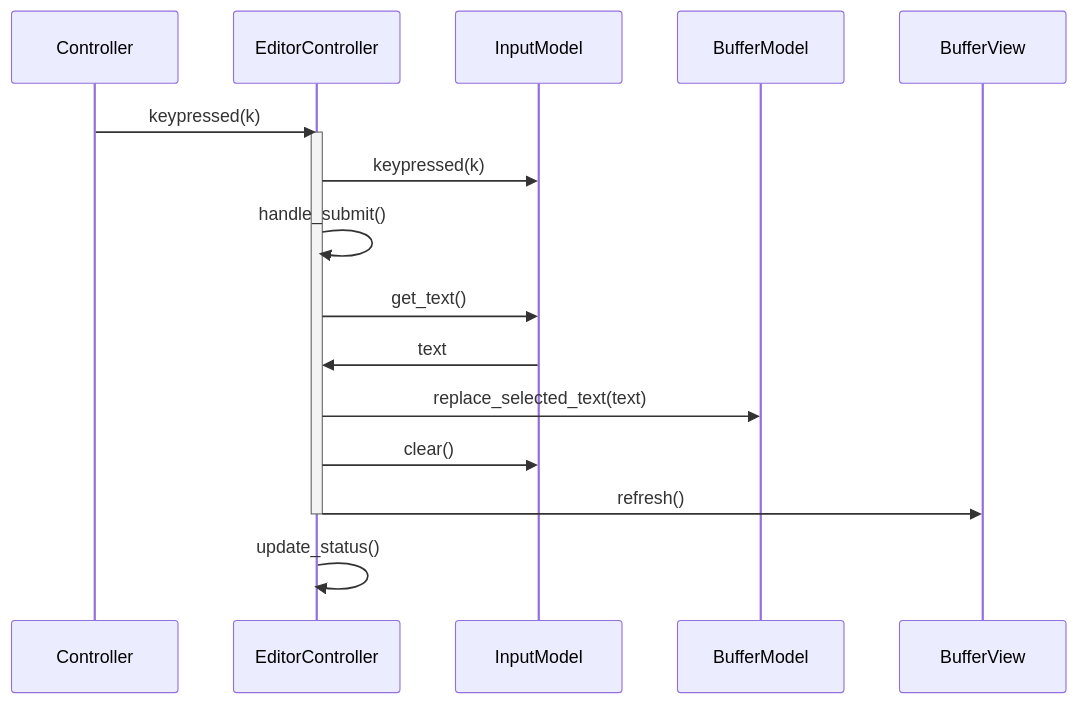
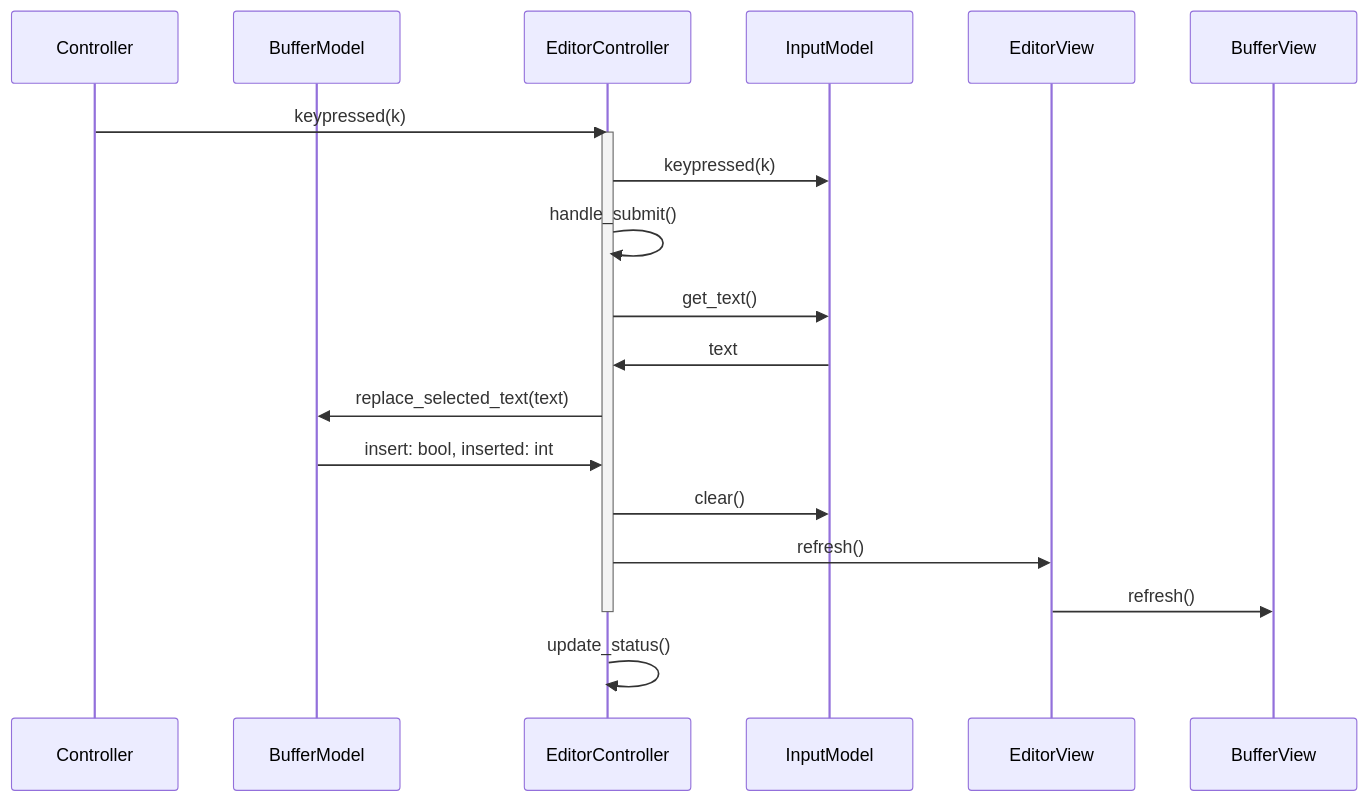
The fifth of 5 diagrams in doc/mermaid/editor.md (nagydani/loveputer), drawn with Mermaid before and after one commit. The commit also changed other lines of this file, not shown here.

````diff
--- a/doc/mermaid/editor.md
+++ b/doc/mermaid/editor.md
@@ -178,24 +182,28 @@
 ```mermaid
 sequenceDiagram
 
 participant Controller
+participant BufferModel
 participant EditorController
 participant InputModel
-participant BufferModel
+participant EditorView
+participant BufferView
 
 Controller->>EditorController: keypressed(k)
 activate EditorController
 EditorController->>InputModel: keypressed(k)
 EditorController->>EditorController: handle_submit()
 EditorController->>InputModel: get_text()
 InputModel->>EditorController: text
 
 EditorController->>BufferModel: replace_selected_text(text)
+BufferModel->>EditorController: insert: bool, inserted: int
 EditorController->>InputModel: clear()
-EditorController->>BufferView: refresh()
+EditorController->>EditorView: refresh()
+EditorView->>BufferView: refresh()
 
 
 deactivate EditorController
 EditorController->>EditorController: update_status()
 
 ```
````
